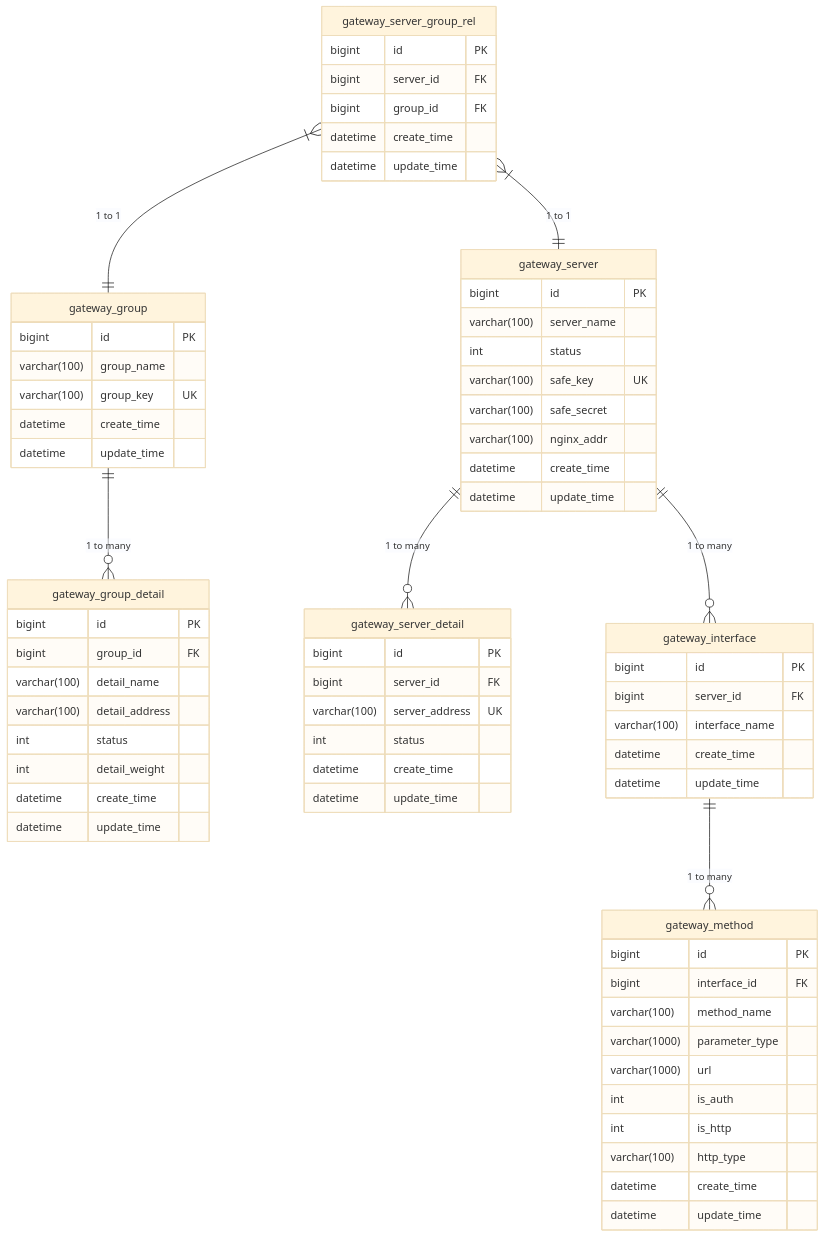
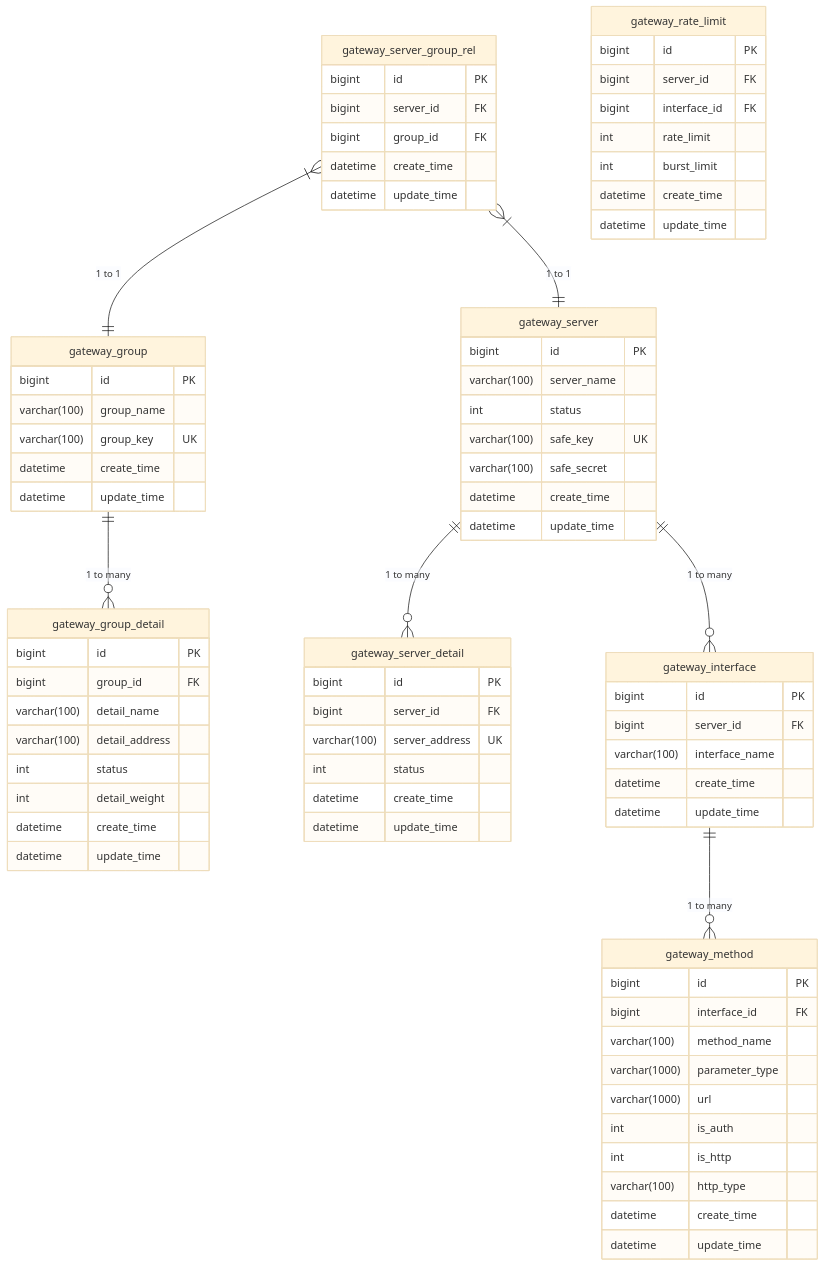
The diagram in src/projects/gateway/数据库设计/新版/表关系图.md (1973034392/codelong-blog), drawn with Mermaid (base theme) before and after one commit. The commit also changed 25 other files, not shown here.

````diff
--- a/src/projects/gateway/数据库设计/新版/表关系图.md
+++ b/src/projects/gateway/数据库设计/新版/表关系图.md
@@ -34,7 +32,6 @@
         int status
         varchar(100) safe_key UK
         varchar(100) safe_secret
-        varchar(100) nginx_addr
         datetime create_time
         datetime update_time
     }
@@ -76,4 +73,14 @@
         datetime create_time
         datetime update_time
     }
+
+    gateway_rate_limit {
+        bigint id PK
+        bigint server_id FK
+        bigint interface_id FK
+        int rate_limit
+        int burst_limit
+        datetime create_time
+        datetime update_time
+    }
 ```
````
